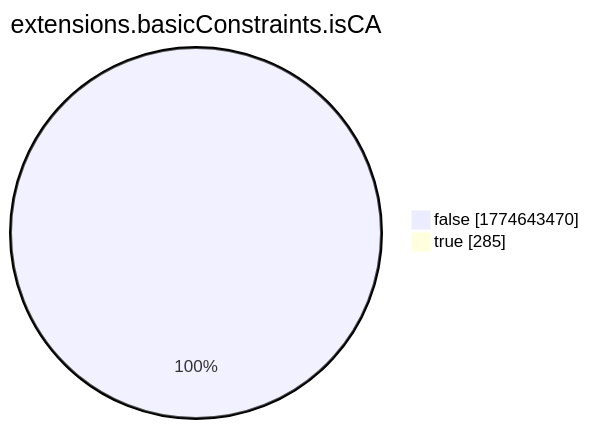
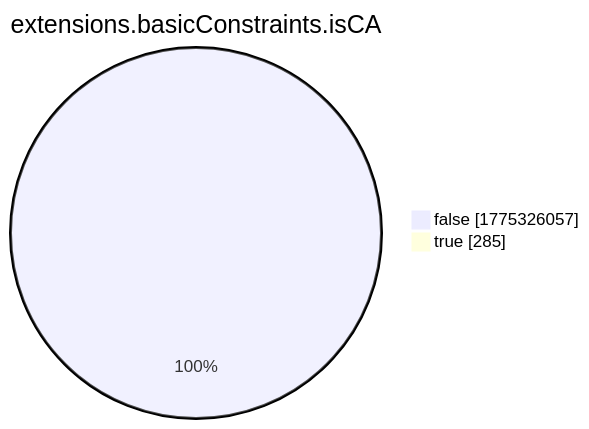
Before and after one commit to christiankrug/ctmonitor_visualization: the eighth of 15 diagrams in xenon2022/README.md, drawn with Mermaid. The commit also changed other lines of this file, not shown here.

````diff
--- a/xenon2022/README.md
+++ b/xenon2022/README.md
@@ -2868,6 +2868,6 @@
 ```mermaid
 pie showData
 title extensions.basicConstraints.isCA
-"false" :1774643470
+"false" :1775326057
 "true" :285
 ```
````
